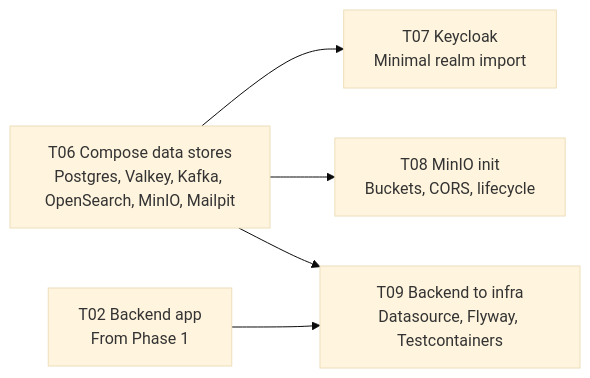
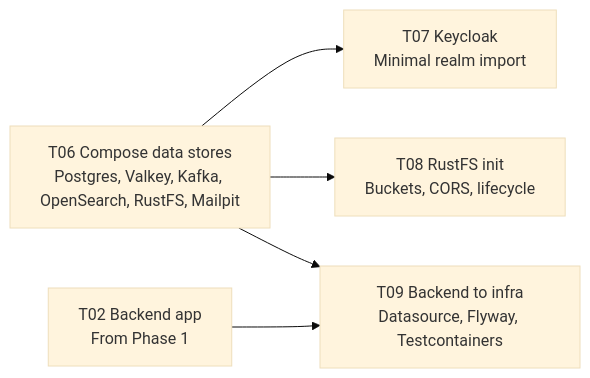
The third of 6 diagrams in tasks/plan.md (duynvh/udemy-platform), drawn with Mermaid (base theme) before and after one commit. The commit also changed other lines of this file and 13 other files, not shown here.

First line of the commit message:
T06: Podman Compose data stores; replace MinIO with RustFS

````diff
--- a/tasks/plan.md
+++ b/tasks/plan.md
@@ -46,7 +46,7 @@
 ```mermaid
 flowchart LR
-    T06["T06 Compose data stores<br/>Postgres, Valkey, Kafka, OpenSearch, MinIO, Mailpit"] --> T07["T07 Keycloak<br/>Minimal realm import"]
-    T06 --> T08["T08 MinIO init<br/>Buckets, CORS, lifecycle"]
+    T06["T06 Compose data stores<br/>Postgres, Valkey, Kafka, OpenSearch, RustFS, Mailpit"] --> T07["T07 Keycloak<br/>Minimal realm import"]
+    T06 --> T08["T08 RustFS init<br/>Buckets, CORS, lifecycle"]
     T06 --> T09["T09 Backend to infra<br/>Datasource, Flyway, Testcontainers"]
     T02["T02 Backend app<br/>From Phase 1"] --> T09
 ```
````
